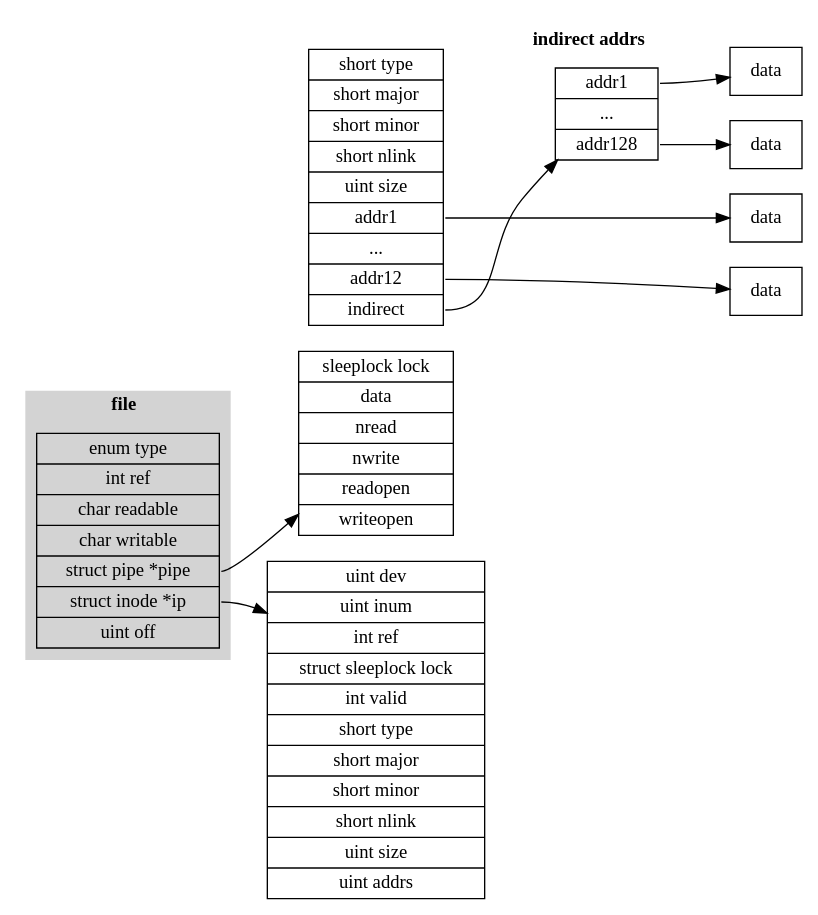
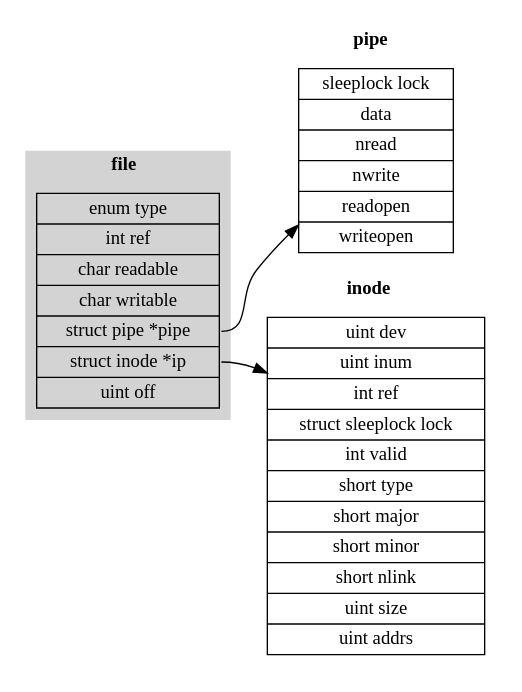
One commit to Jeanhwea/xv6-course changed the diagram in img/file-struct.dot. Above: the diagram before and after it, drawn with Graphviz. The commit also changed 1 other file, not shown here.

```diff
--- a/img/file-struct.dot
+++ b/img/file-struct.dot
@@ -1,44 +1,21 @@
 digraph file_struct {
-  rankdir = LR;
+  rankdir=LR;
   node [shape=record];
 
   subgraph cluster_file {
-    label=<<b>file</b>>; style = filled; color = lightgray
+    label=<<b>file</b>>; style=filled; color=lightgray;
     file [label="enum type|int ref|char readable|char writable|<p>struct pipe *pipe|<i>struct inode *ip|uint off"];
   }
-
   subgraph cluster_pipe {
-    label =<<b>pipe</b>>; style = filled; color = white
+    label =<<b>pipe</b>>; style=filled; color=white;
     pipe [label="sleeplock lock|data|nread|nwrite|readopen|writeopen"]
   }
-
   subgraph cluster_inode {
-    label =<<b>inode</b>>; style = filled; color = white
+    label =<<b>inode</b>>; style=filled; color=white;
     inode [label="uint dev|uint inum|int ref|struct sleeplock lock|int valid|short type|short major|short minor|short nlink|uint size|uint addrs"];
   }
 
   file:p -> pipe;
   file:i -> inode;
 
-  {rank=same pipe inode dinode}
-  subgraph cluster_dinode {
-    label =<<b>dinode</b>>; style = filled; color = white;
-    dinode [label="short type|short major|short minor|short nlink|uint size|<d1>addr1|...|<d2>addr12|<i>indirect"];
-  }
-  subgraph cluster_indirect {
-    label =<<b>indirect addrs</b>>; style = filled; color = white;
-    indirect [label="<i1>addr1|...|<i2>addr128"];
-  }
-
-  {rank=same data1, data2, idata1, idata2}
-  data1  [label="data"];
-  data2  [label="data"];
-  idata1 [label="data"];
-  idata2 [label="data"];
-
-  dinode:d1 -> data1;
-  dinode:d2 -> data2;
-  dinode:i -> indirect;
-  indirect:i1 -> idata1;
-  indirect:i2 -> idata2;
 }
```
